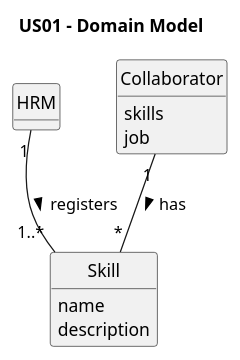
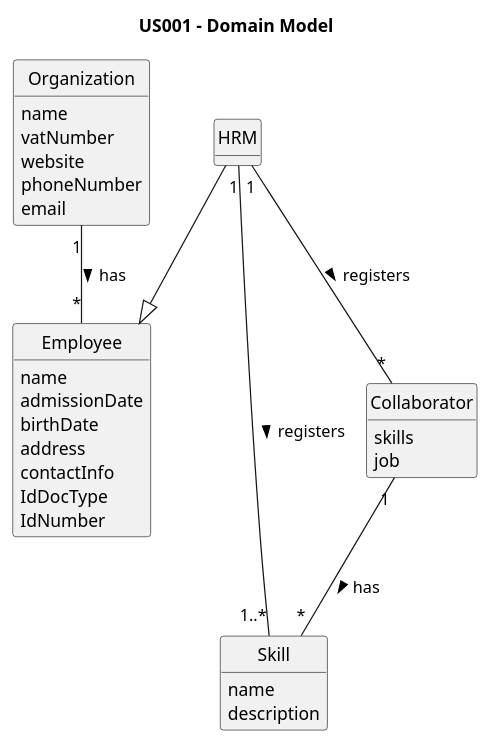
One commit to Rui-San/LAPR2_2023_2024 changed the diagram in docs/sprintA/us001/02.analysis/puml/us001-domain-model.puml. Above: the diagram before and after it, drawn with PlantUML. The commit also changed 1 other file, not shown here.

Commit message:
- US001: Updated Domain Model .puml and .svg
- Domain - Global Artifacts:
Corrected generalization/specialization class hierarchy relationship (semantic "is a")

```diff
--- a/docs/sprintA/us001/02.analysis/puml/us001-domain-model.puml
+++ b/docs/sprintA/us001/02.analysis/puml/us001-domain-model.puml
@@ -1,32 +1,55 @@
 @startuml
 skinparam monochrome true
 skinparam packageStyle rectangle
 skinparam shadowing false
 
 'left to right direction
 
 skinparam classAttributeIconSize 0
 
 hide circle
 hide methods
 
-title US01 - Domain Model
+title US001 - Domain Model
+
+class Organization {
+    name
+    vatNumber
+    website
+    phoneNumber
+    email
+}
+
+class Employee {
+    name
+    admissionDate
+    birthDate
+    address
+    contactInfo
+    IdDocType
+    IdNumber
+}
 
 class HRM{
 
 }
 
 class Skill{
     name
     description
 }
 
 class Collaborator{
     skills
     job
 }
 
+
+
+Organization "1" -- "*" Employee : "has >"
+HRM --|> Employee
+HRM "1" -- "*" Collaborator : "registers >"
 HRM "1" -- "1..*" Skill : "registers >"
 Collaborator "1" -- "*" Skill : "has >"
 
 @enduml
```
